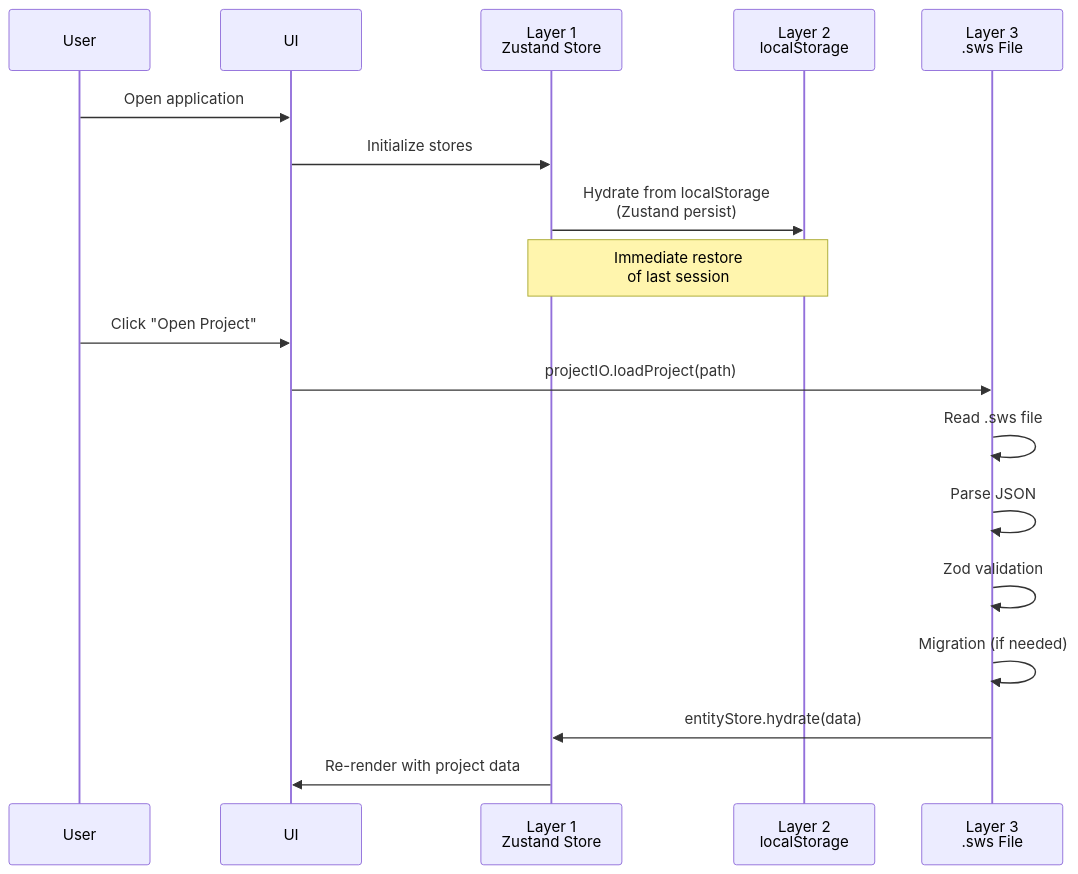
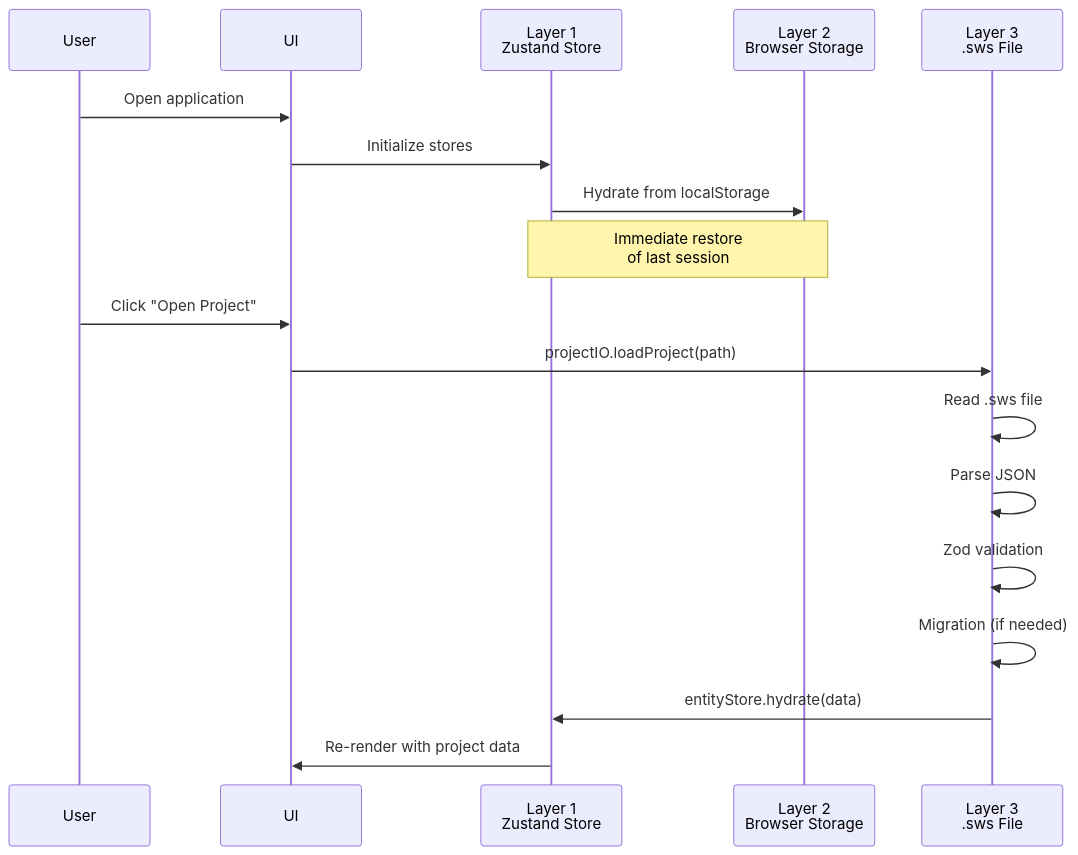
The second of 4 diagrams in docs/offline-storage/02-storage-layers/OS-SL-001-ArchitectureOverview.md (engryamato/HVAC_Canvas_App), drawn with Mermaid before and after one commit. The commit also changed other lines of this file and 357 other files, not shown here.

Commit message:
docs: update offline storage architecture and user journeys; feat: add E2E tests for entity creation and canvas navigation; chore: add storage and telemetry utilities

````diff
--- a/docs/offline-storage/02-storage-layers/OS-SL-001-ArchitectureOverview.md
+++ b/docs/offline-storage/02-storage-layers/OS-SL-001-ArchitectureOverview.md
@@ -232,22 +198,22 @@
 ```mermaid
 sequenceDiagram
     participant User
     participant UI
     participant Store as Layer 1<br/>Zustand Store
-    participant LS as Layer 2<br/>localStorage
+    participant LS as Layer 2<br/>Browser Storage
     participant FS as Layer 3<br/>.sws File
 
     User->>UI: Open application
     UI->>Store: Initialize stores
-    Store->>LS: Hydrate from localStorage<br/>(Zustand persist)
+    Store->>LS: Hydrate from localStorage
     Note over Store,LS: Immediate restore<br/>of last session
 
     User->>UI: Click "Open Project"
     UI->>FS: projectIO.loadProject(path)
     FS->>FS: Read .sws file
     FS->>FS: Parse JSON
     FS->>FS: Zod validation
     FS->>FS: Migration (if needed)
     FS->>Store: entityStore.hydrate(data)
     Store->>UI: Re-render with project data
 ```
````
